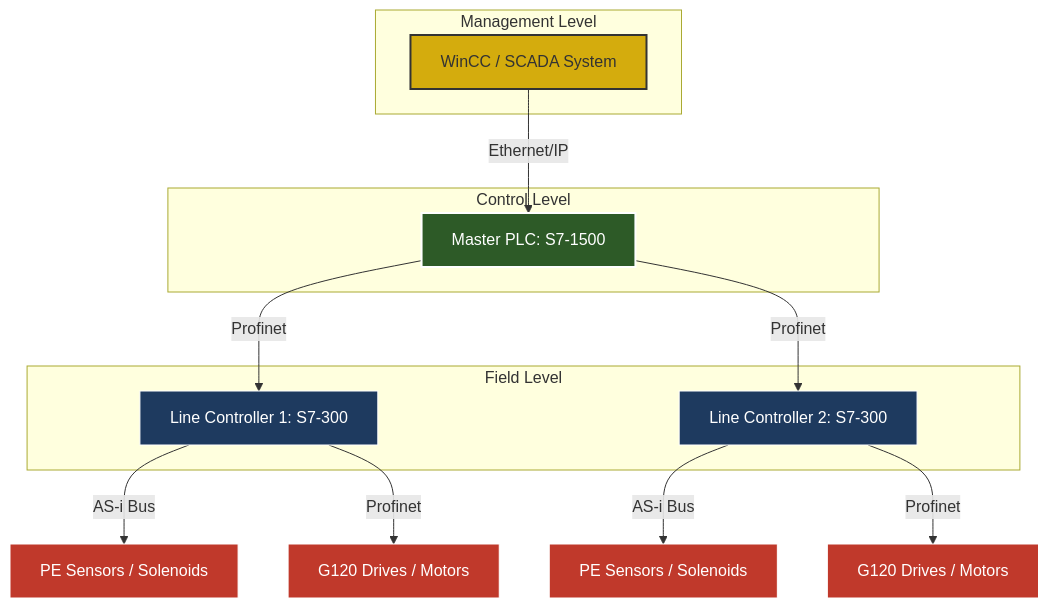
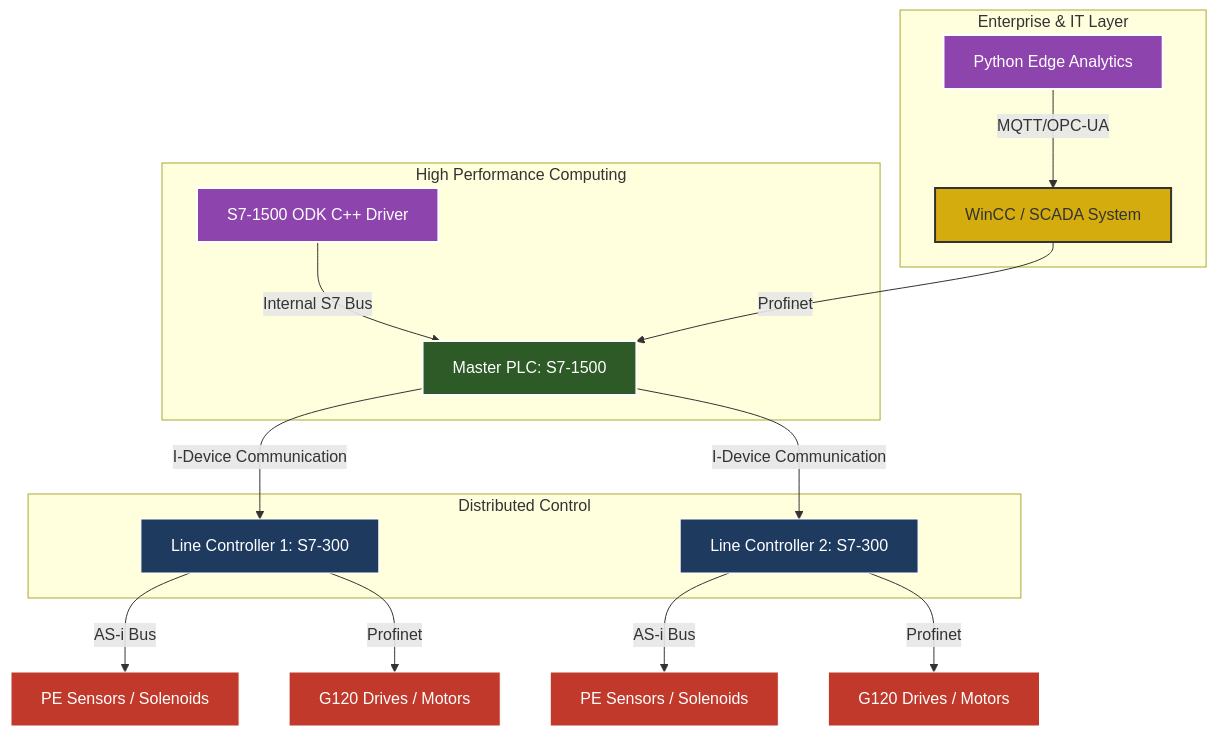
Before and after one commit to Aftab0904/Distributed-Material-Handling-System-using-Siemens-Multi-PLC: the diagram in README.md, drawn with Mermaid. The commit also changed other lines of this file and 3 other files, not shown here.

Commit message:
Advanced update: Added C++ ODK drivers, Python edge analytics, colorful Mermaid diagrams, and system throughput visualization

````diff
--- a/README.md
+++ b/README.md
@@ -13,31 +13,43 @@
 ```mermaid
 graph TD
     classDef master fill:#2d5a27,stroke:#fff,stroke-width:2px,color:#fff;
     classDef sub fill:#1e3a5f,stroke:#fff,stroke-width:1px,color:#fff;
     classDef io fill:#c0392b,stroke:#fff,stroke-width:1px,color:#fff;
     classDef scada fill:#d4ac0d,stroke:#333,stroke-width:2px,color:#333;
+    classDef it fill:#8e44ad,stroke:#fff,stroke-width:2px,color:#fff;
 
-    SCADA[WinCC / SCADA System]:::scada -- Ethernet/IP --> MasterPLC[Master PLC: S7-1500]:::master
+    SCADA[WinCC / SCADA System]:::scada
+    PythonEdge[Python Edge Analytics]:::it
+    CppDriver[S7-1500 ODK C++ Driver]:::it
+    MasterPLC[Master PLC: S7-1500]:::master
+    SubPLC1[Line Controller 1: S7-300]:::sub
+    SubPLC2[Line Controller 2: S7-300]:::sub
     
-    MasterPLC -- Profinet --> SubPLC1[Line Controller 1: S7-300]:::sub
-    MasterPLC -- Profinet --> SubPLC2[Line Controller 2: S7-300]:::sub
+    PythonEdge -- MQTT/OPC-UA --> SCADA
+    CppDriver -- Internal S7 Bus --> MasterPLC
+    SCADA -- Profinet --> MasterPLC
+    
+    MasterPLC -- I-Device Communication --> SubPLC1
+    MasterPLC -- I-Device Communication --> SubPLC2
     
     SubPLC1 -- AS-i Bus --> Sensors1[PE Sensors / Solenoids]:::io
     SubPLC1 -- Profinet --> VFD1[G120 Drives / Motors]:::io
     
     SubPLC2 -- AS-i Bus --> Sensors2[PE Sensors / Solenoids]:::io
     SubPLC2 -- Profinet --> VFD2[G120 Drives / Motors]:::io
 
-    subgraph Management ["Management Level"]
+    subgraph IT_Layer ["Enterprise & IT Layer"]
+    PythonEdge
     SCADA
     end
 
-    subgraph Control ["Control Level"]
+    subgraph High_Speed ["High Performance Computing"]
+    CppDriver
     MasterPLC
     end
 
-    subgraph Field ["Field Level"]
+    subgraph Field_Execution ["Distributed Control"]
     SubPLC1
     SubPLC2
     end
 ```
````
